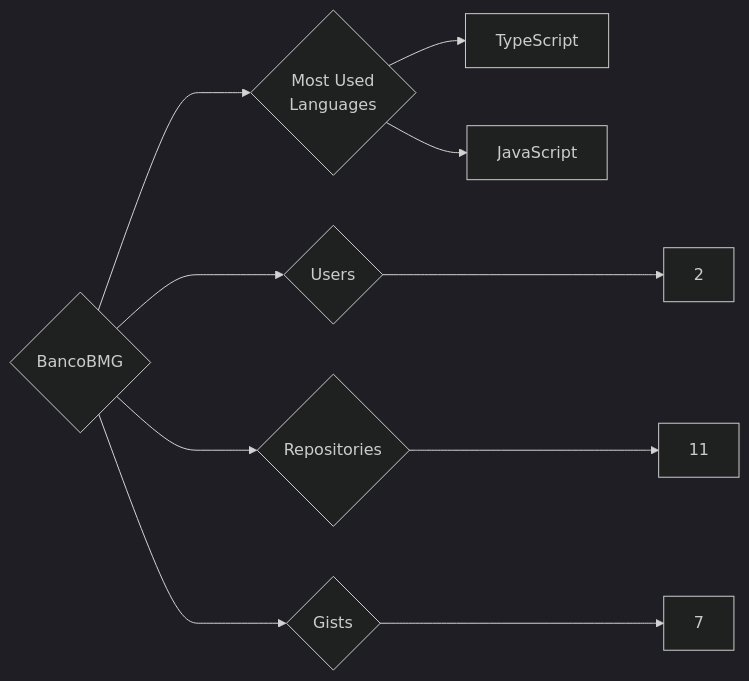
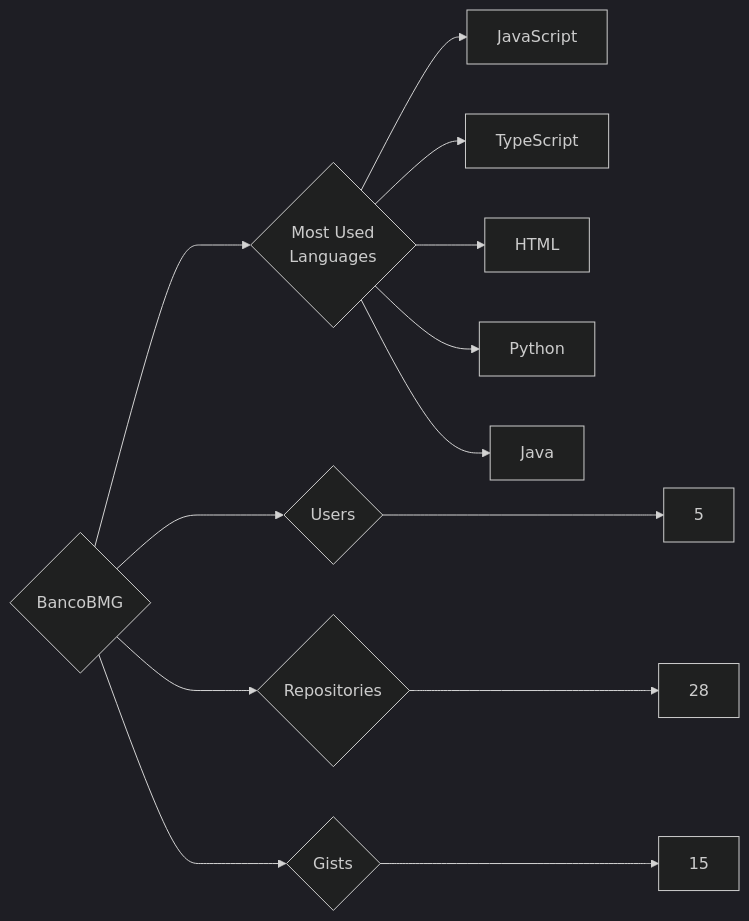
One commit to trickest/insiders changed the diagram in targets/BancoBMG/README.md. Above: the diagram before and after it, drawn with Mermaid (dark theme). The commit also changed 1167 other files, not shown here.

````diff
--- a/targets/BancoBMG/README.md
+++ b/targets/BancoBMG/README.md
@@ -3,10 +3,13 @@
 ```mermaid
 graph LR
 COMPANY_NAME{BancoBMG}
-COMPANY_NAME ---> U{Users} ---> UN[2]
-COMPANY_NAME ---> R{Repositories} ---> RN[11]
-COMPANY_NAME ---> G{Gists} ---> GN[7]
+COMPANY_NAME ---> U{Users} ---> UN[5]
+COMPANY_NAME ---> R{Repositories} ---> RN[28]
+COMPANY_NAME ---> G{Gists} ---> GN[15]
 COMPANY_NAME ---> ML{Most Used<br>Languages}
+ML --> JavaScript[JavaScript]
 ML --> TypeScript[TypeScript]
-ML --> JavaScript[JavaScript]
+ML --> HTML[HTML]
+ML --> Python[Python]
+ML --> Java[Java]
 ```
````
